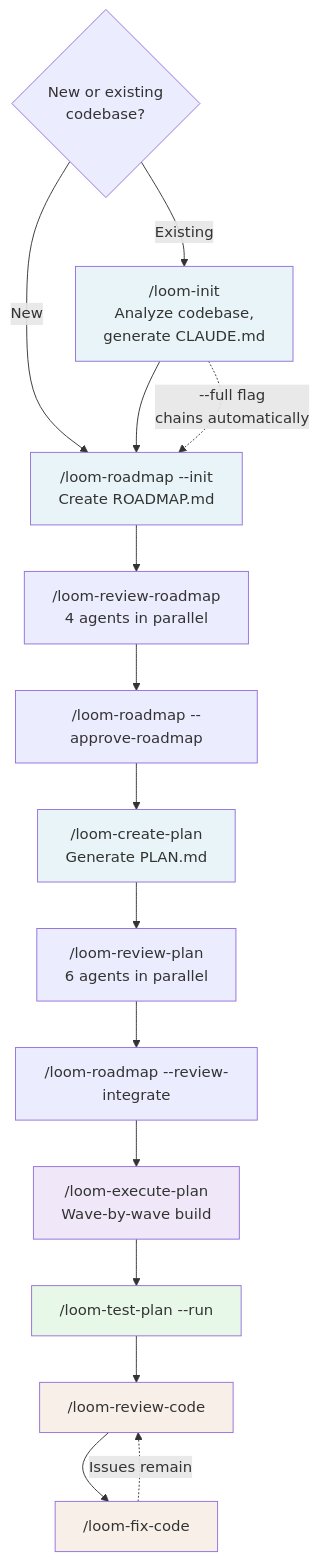
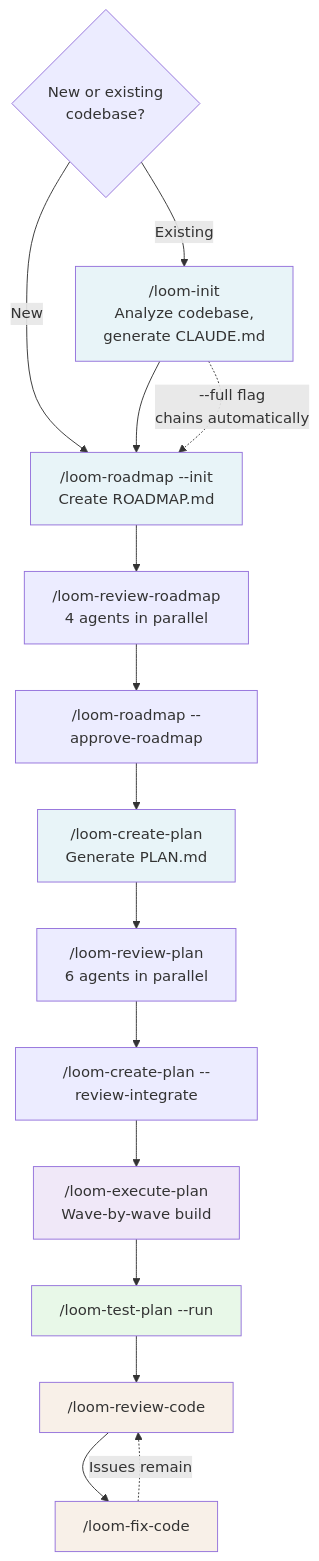
One commit to launchstack-dev/loom-ai changed the first of 3 diagrams in README.md. Above: the diagram before and after it, drawn with Mermaid. The commit also changed other lines of this file and 3 other files, not shown here.

First line of the commit message:
Move --review-integrate for plans to /loom-create-plan

````diff
--- a/README.md
+++ b/README.md
@@ -97,30 +97,30 @@
 ```mermaid
 flowchart TD
     Start{New or existing<br/>codebase?}
     Start -->|Existing| Init["/loom-init<br/>Analyze codebase,<br/>generate CLAUDE.md"]
     Start -->|New| Roadmap
 
     Init --> Roadmap["/loom-roadmap --init<br/>Create ROADMAP.md"]
     Init -.->|"--full flag<br/>chains automatically"| Roadmap
 
     Roadmap --> ReviewRoadmap["/loom-review-roadmap<br/>4 agents in parallel"]
     ReviewRoadmap --> Approve["/loom-roadmap --approve-roadmap"]
 
     Approve --> Plan["/loom-create-plan<br/>Generate PLAN.md"]
     Plan --> ReviewPlan["/loom-review-plan<br/>6 agents in parallel"]
-    ReviewPlan --> Integrate["/loom-roadmap --review-integrate"]
+    ReviewPlan --> Integrate["/loom-create-plan --review-integrate"]
 
     Integrate --> Execute["/loom-execute-plan<br/>Wave-by-wave build"]
     Execute --> Test["/loom-test-plan --run"]
     Test --> Review["/loom-review-code"]
     Review --> Fix["/loom-fix-code"]
     Fix -.->|"Issues remain"| Review
 
     style Init fill:#e8f4f8
     style Roadmap fill:#e8f4f8
     style Plan fill:#e8f4f8
     style Execute fill:#f0e8f8
     style Test fill:#e8f8e8
     style Review fill:#f8f0e8
     style Fix fill:#f8f0e8
 ```
````
